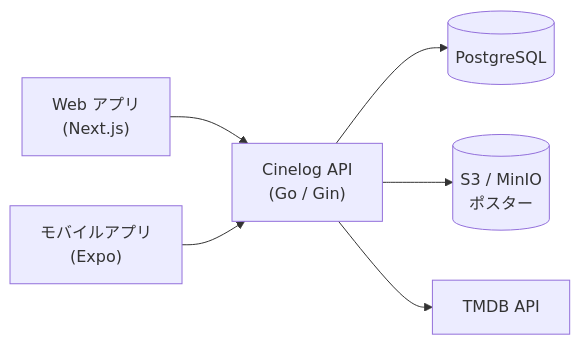
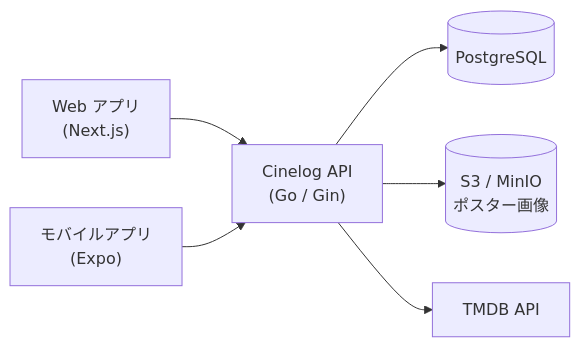
One commit to masaya-nishimura-09/movie-log-api changed the first of 3 diagrams in README.ja.md. Above: the diagram before and after it, drawn with Mermaid. The commit also changed other lines of this file and 1 other file, not shown here.

Commit message:
docs: update README for clarity and accuracy, including architecture and feature descriptions

````diff
--- a/README.ja.md
+++ b/README.ja.md
@@ -21,8 +23,8 @@
 ```mermaid
 flowchart LR
     web["Web アプリ<br/>(Next.js)"] --> api
     mobile["モバイルアプリ<br/>(Expo)"] --> api
     api["Cinelog API<br/>(Go / Gin)"] --> db[("PostgreSQL")]
-    api --> storage[("S3 / MinIO<br/>ポスター")]
+    api --> storage[("S3 / MinIO<br/>ポスター画像")]
     api --> tmdb["TMDB API"]
 ```
````
